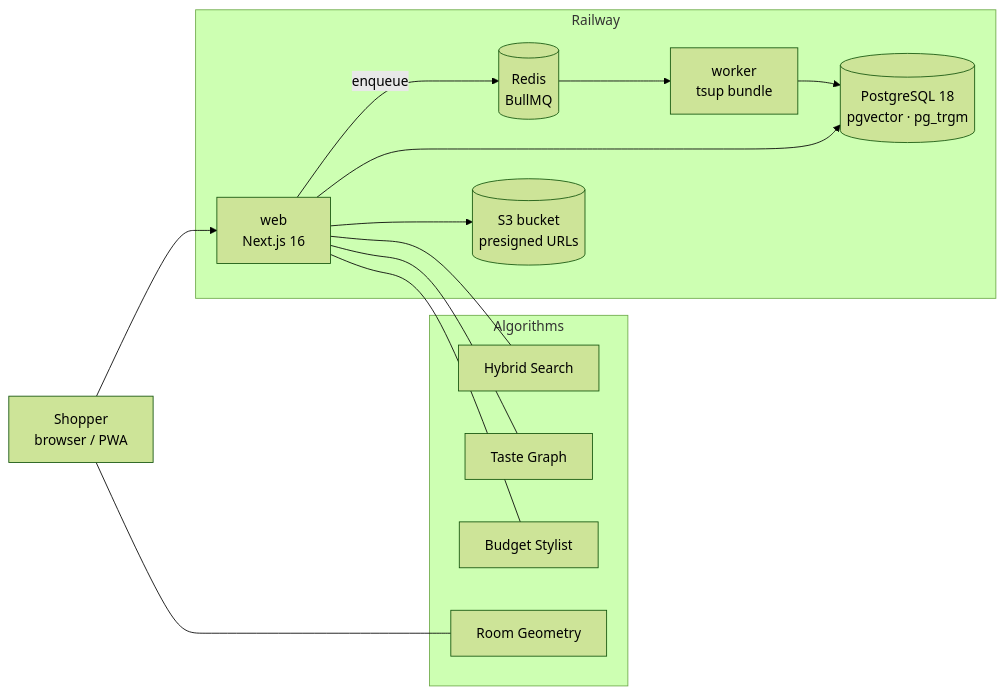
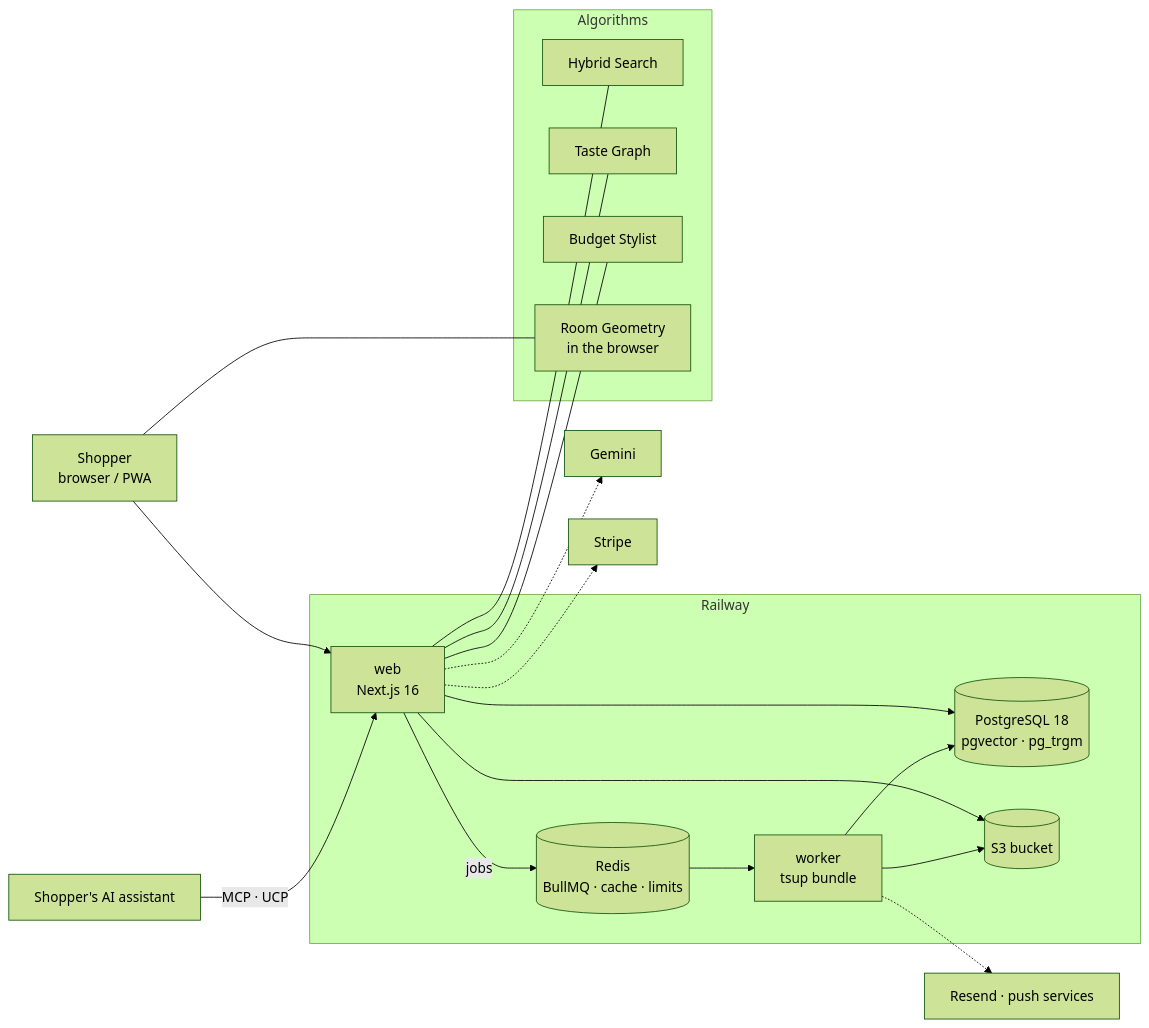
The diagram in README.md (George0Papasotiriou/ITC-4879-Capstone-Vitrine), drawn with Mermaid (forest theme) before and after one commit. The commit also changed other lines of this file, not shown here.

````diff
--- a/README.md
+++ b/README.md
@@ -105,22 +139,28 @@
 ```mermaid
 flowchart LR
     U[Shopper<br/>browser / PWA] --> W
+    AG[Shopper's AI assistant] -->|MCP · UCP| W
 
     subgraph Railway
-        W[web<br/>Next.js 16] -->|enqueue| R[(Redis<br/>BullMQ)]
+        W[web<br/>Next.js 16] -->|jobs| R[(Redis<br/>BullMQ · cache · limits)]
         R --> K[worker<br/>tsup bundle]
         W --> P[(PostgreSQL 18<br/>pgvector · pg_trgm)]
         K --> P
-        W --> S[(S3 bucket<br/>presigned URLs)]
+        W --> S[(S3 bucket)]
+        K --> S
     end
+
+    W -.-> G[Gemini]
+    W -.-> ST[Stripe]
+    K -.-> E[Resend · push services]
 
     subgraph Algorithms
         A1[Hybrid Search]
         A2[Taste Graph]
         A3[Budget Stylist]
-        A4[Room Geometry]
+        A4[Room Geometry<br/>in the browser]
     end
 
     W --- A1 & A2 & A3
     U --- A4
 ```
````
